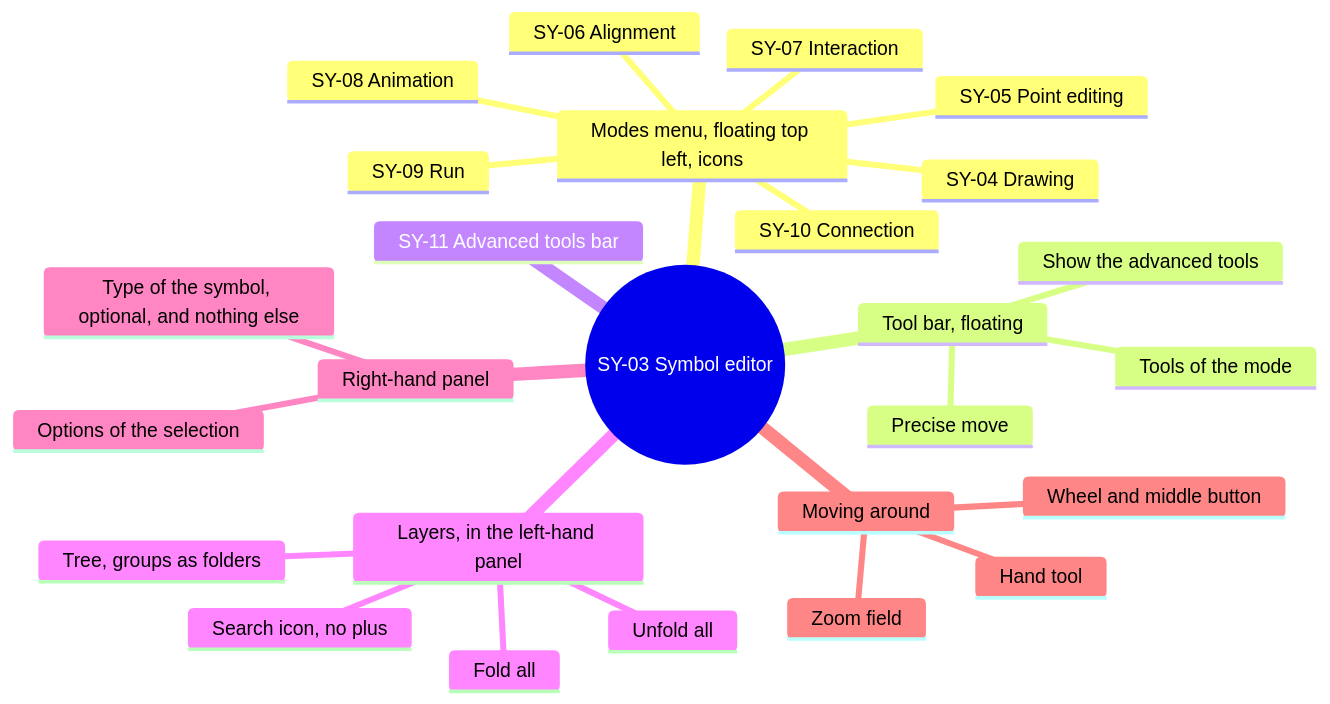
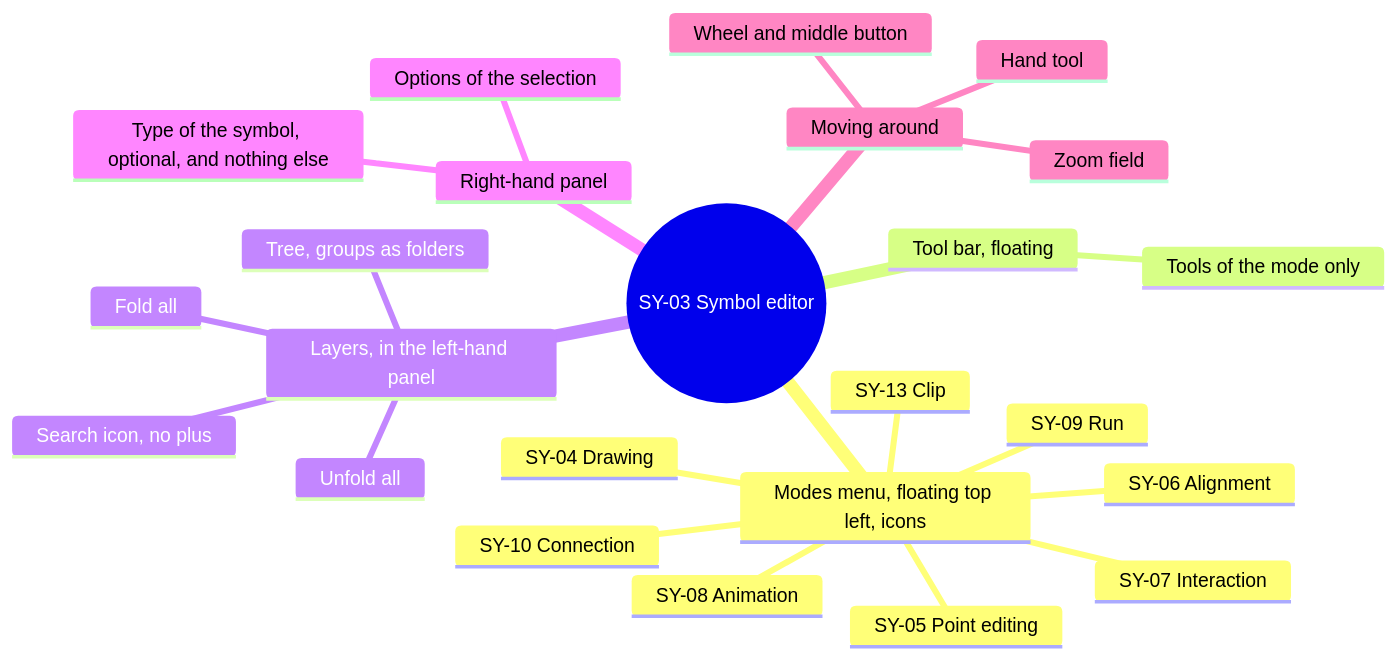
Before and after one commit to AlexandreGallais/synoptic-studio-spec: the fifth of 15 diagrams in screens/symbols.md, drawn with Mermaid. The commit also changed other lines of this file and 18 other files, not shown here.

First line of the commit message:
docs(symbols): add the clip mode, drop the effects section and two tool buttons

````diff
--- a/screens/symbols.md
+++ b/screens/symbols.md
@@ -118,29 +118,27 @@
 ```mermaid
 mindmap
   root((SY-03 Symbol editor))
     Modes menu, floating top left, icons
       SY-04 Drawing
+      SY-13 Clip
       SY-05 Point editing
       SY-10 Connection
       SY-06 Alignment
       SY-08 Animation
       SY-07 Interaction
       SY-09 Run
     Tool bar, floating
-      Tools of the mode
-      Show the advanced tools
-      Precise move
-    SY-11 Advanced tools bar
+      Tools of the mode only
     Layers, in the left-hand panel
       Search icon, no plus
       Unfold all
       Fold all
       Tree, groups as folders
     Right-hand panel
       Options of the selection
       Type of the symbol, optional, and nothing else
     Moving around
       Hand tool
       Wheel and middle button
       Zoom field
 ```
````
